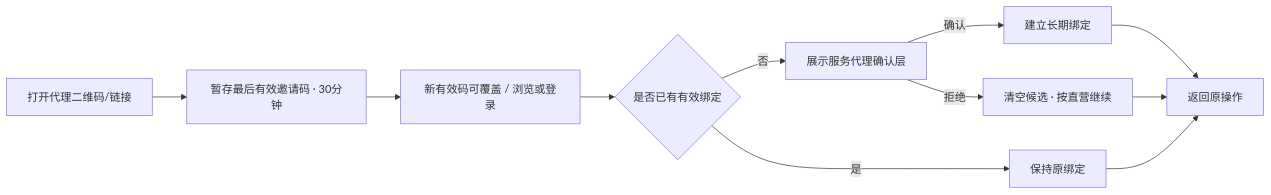
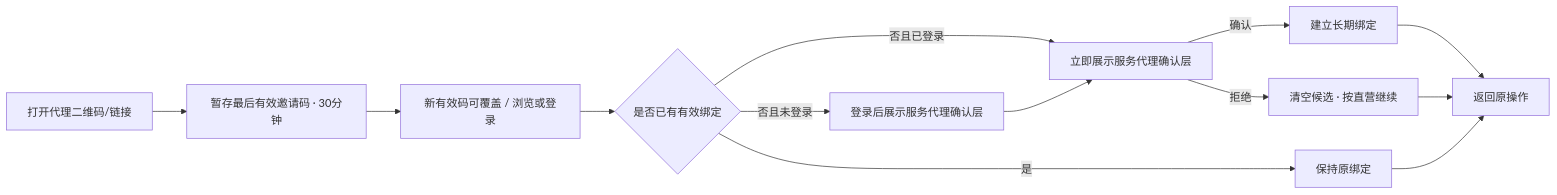
The first of 2 diagrams in docs/02-方案设计/原型设计方案.md (wuyu222dii/Frontend-ToC-Portal-Admin-Backend-Management-System-for-Private-Domain-Mall), drawn with Mermaid before and after one commit. The commit also changed other lines of this file and 24 other files, not shown here.

````diff
--- a/docs/02-方案设计/原型设计方案.md
+++ b/docs/02-方案设计/原型设计方案.md
@@ -115,13 +129,15 @@
 ```mermaid
 flowchart LR
   A["打开代理二维码/链接"] --> B["暂存最后有效邀请码 · 30分钟"]
   B --> C["新有效码可覆盖 / 浏览或登录"]
   C --> D{"是否已有有效绑定"}
-  D -->|否| E["展示服务代理确认层"]
+  D -->|否且已登录| E["立即展示服务代理确认层"]
+  D -->|否且未登录| J["登录后展示服务代理确认层"]
+  J --> E
   E -->|确认| F["建立长期绑定"]
   E -->|拒绝| G["清空候选 · 按直营继续"]
   D -->|是| H["保持原绑定"]
   F --> I["返回原操作"]
   G --> I
   H --> I
 ```
````
